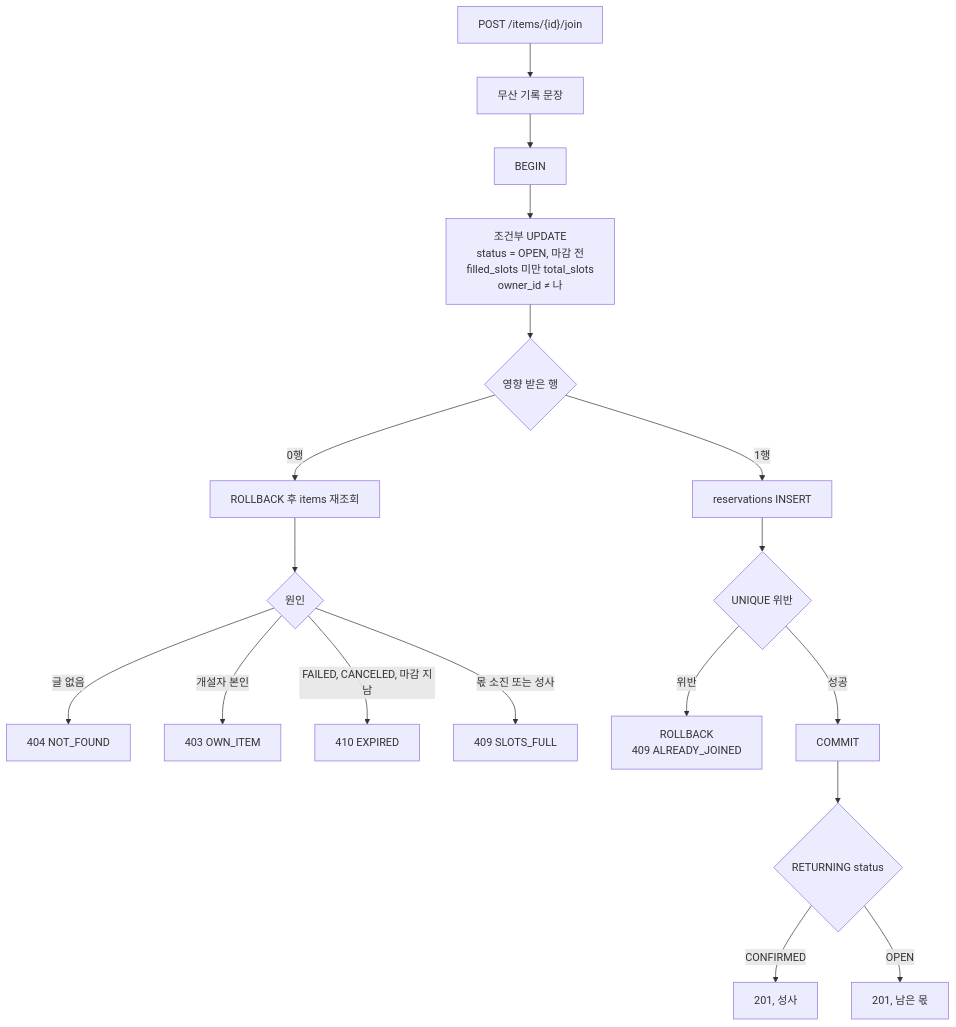
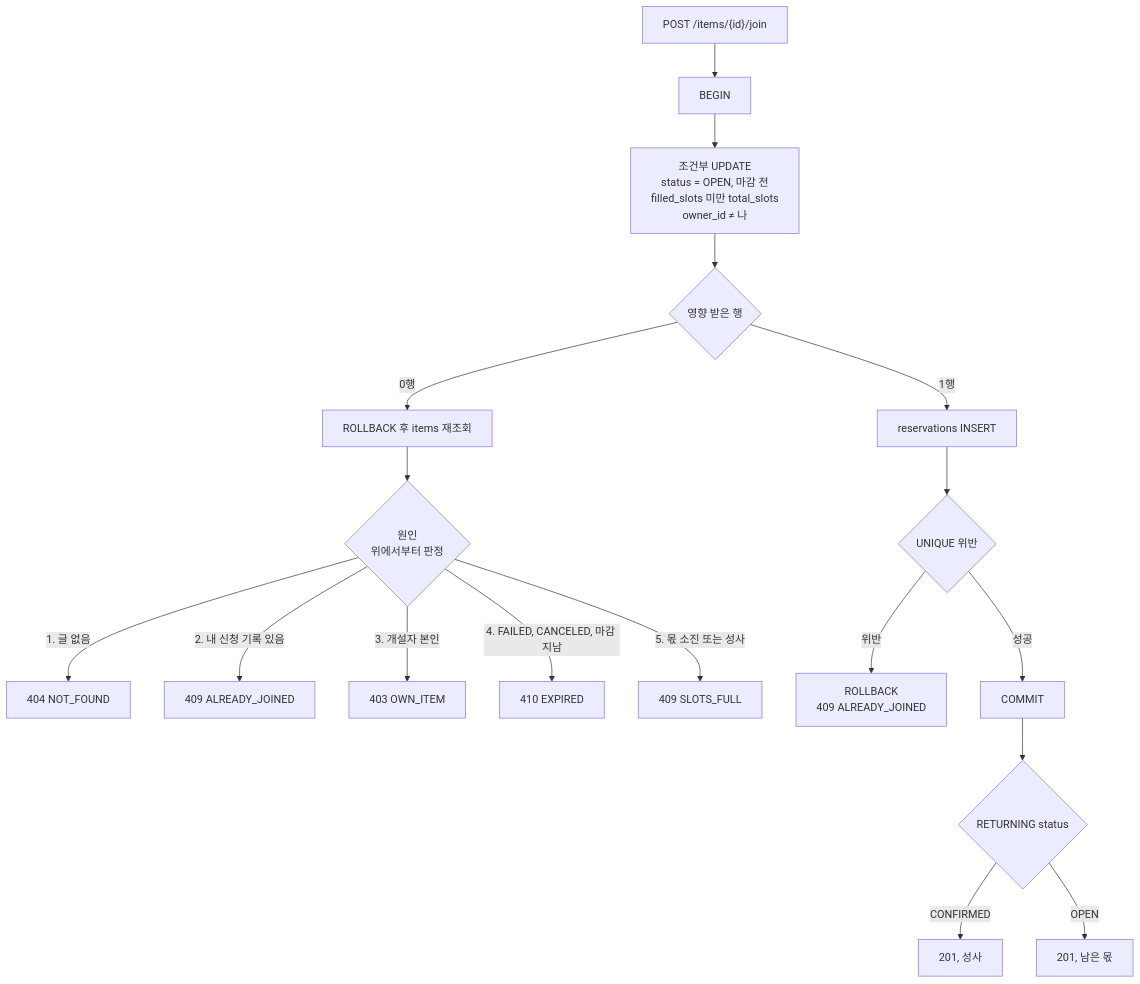
One commit to hgoose-avatye/together changed the eighth of 11 diagrams in gachi-spec.md. Above: the diagram before and after it, drawn with Mermaid. The commit also changed other lines of this file and 2 other files, not shown here.

````diff
--- a/gachi-spec.md
+++ b/gachi-spec.md
@@ -568,20 +592,20 @@
 ```mermaid
 flowchart TD
-    A["POST /items/{id}/join"] --> Z["무산 기록 문장"]
-    Z --> B["BEGIN"]
+    A["POST /items/{id}/join"] --> B["BEGIN"]
     B --> C["조건부 UPDATE<br/>status = OPEN, 마감 전<br/>filled_slots 미만 total_slots<br/>owner_id ≠ 나"]
     C --> D{"영향 받은 행"}
     D -->|"0행"| E["ROLLBACK 후 items 재조회"]
-    E --> E1{"원인"}
-    E1 -->|"글 없음"| F1["404 NOT_FOUND"]
-    E1 -->|"개설자 본인"| F2["403 OWN_ITEM"]
-    E1 -->|"FAILED, CANCELED, 마감 지남"| F3["410 EXPIRED"]
-    E1 -->|"몫 소진 또는 성사"| F4["409 SLOTS_FULL"]
+    E --> E1{"원인<br/>위에서부터 판정"}
+    E1 -->|"1. 글 없음"| F1["404 NOT_FOUND"]
+    E1 -->|"2. 내 신청 기록 있음"| F0["409 ALREADY_JOINED"]
+    E1 -->|"3. 개설자 본인"| F2["403 OWN_ITEM"]
+    E1 -->|"4. FAILED, CANCELED, 마감 지남"| F3["410 EXPIRED"]
+    E1 -->|"5. 몫 소진 또는 성사"| F4["409 SLOTS_FULL"]
     D -->|"1행"| G["reservations INSERT"]
     G --> H{"UNIQUE 위반"}
     H -->|"위반"| H1["ROLLBACK<br/>409 ALREADY_JOINED"]
     H -->|"성공"| I["COMMIT"]
     I --> J{"RETURNING status"}
     J -->|"CONFIRMED"| J1["201, 성사"]
     J -->|"OPEN"| J2["201, 남은 몫"]
 ```
````
